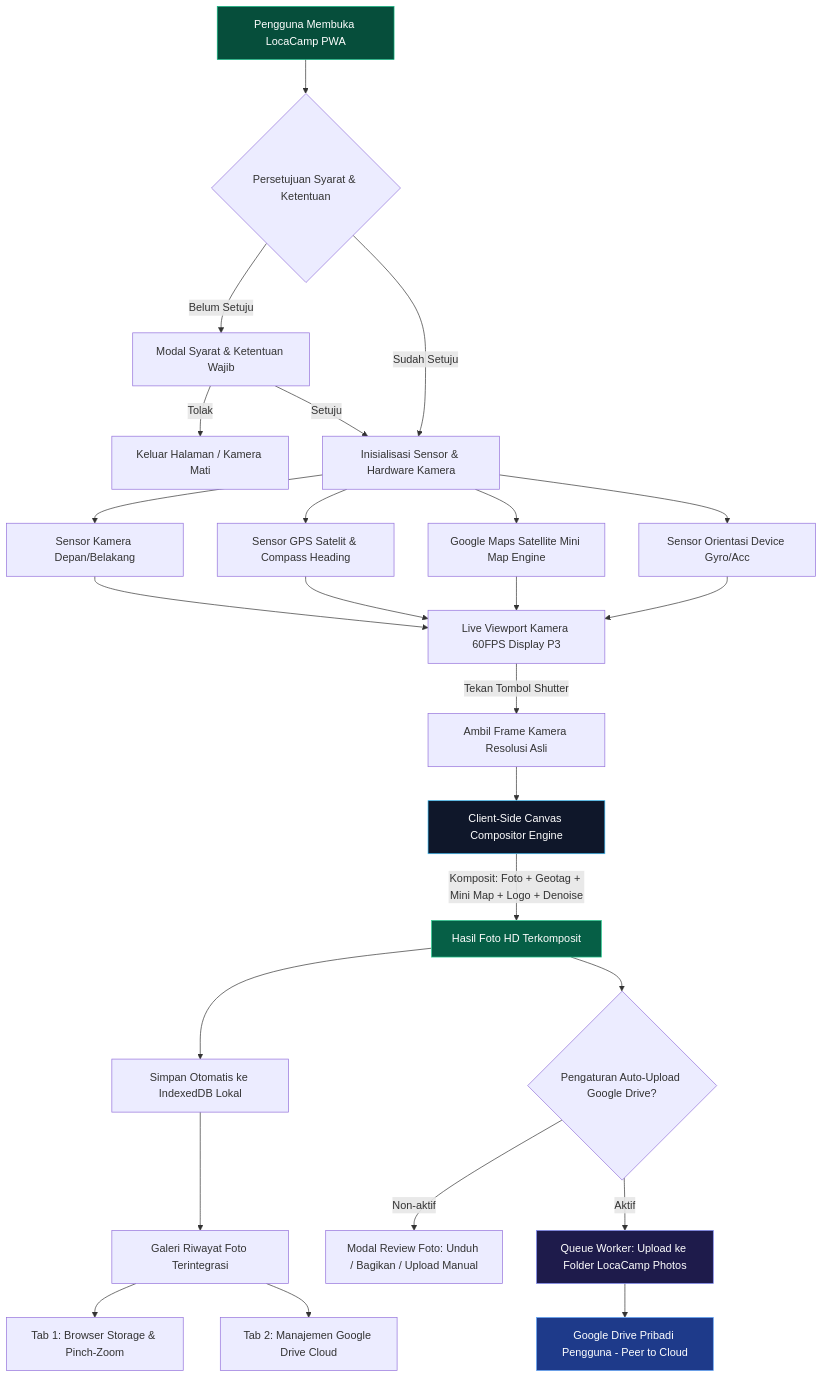
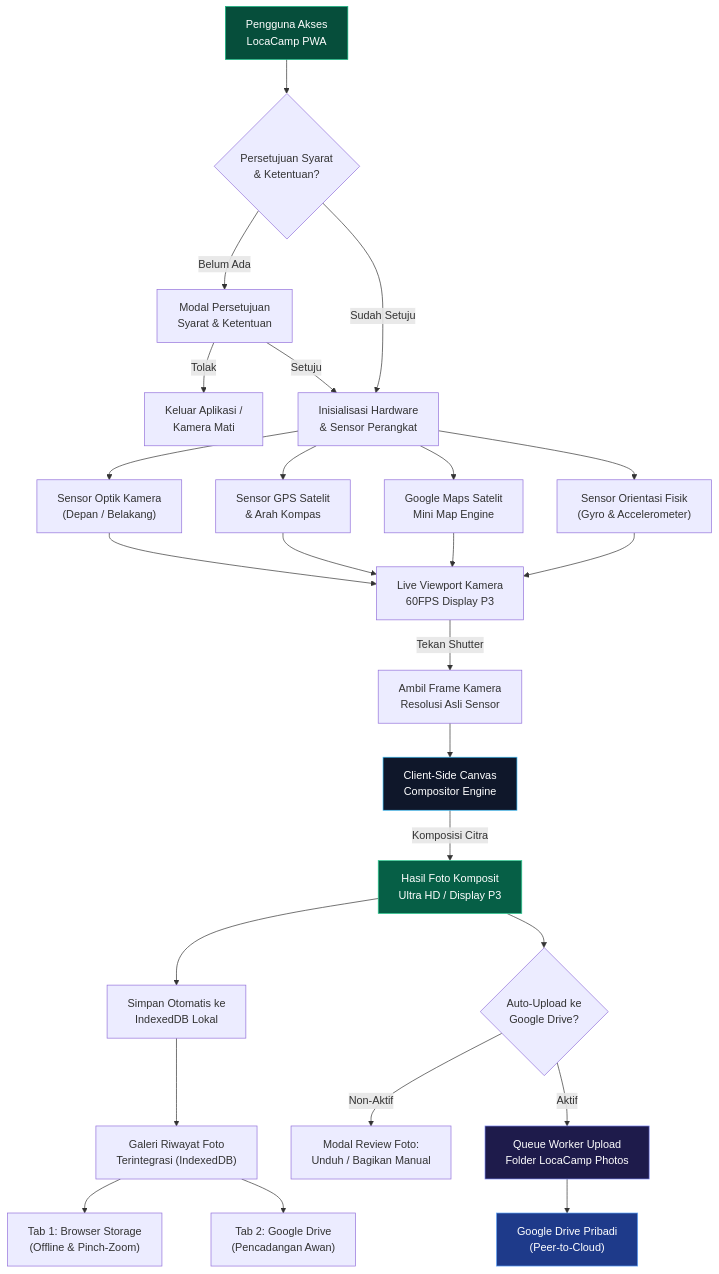
Before and after one commit to maskodingku/LocaCamp: the diagram in README.md, drawn with Mermaid.

Commit message:
docs: perbaikan text wrapping dan line breaks pada diagram Mermaid Arsitektur dan Alur Kerja README.md

````diff
--- a/README.md
+++ b/README.md
@@ -135,38 +135,38 @@
 ```mermaid
 flowchart TD
-    A[Pengguna Membuka LocaCamp PWA] --> B{Persetujuan Syarat & Ketentuan}
-    B -->|Belum Setuju| C[Modal Syarat & Ketentuan Wajib]
-    C -->|Tolak| D[Keluar Halaman / Kamera Mati]
-    C -->|Setuju| E[Inisialisasi Sensor & Hardware Kamera]
+    A["Pengguna Akses<br/>LocaCamp PWA"] --> B{"Persetujuan Syarat<br/>& Ketentuan?"}
+    B -->|Belum Ada| C["Modal Persetujuan<br/>Syarat & Ketentuan"]
+    C -->|Tolak| D["Keluar Aplikasi /<br/>Kamera Mati"]
+    C -->|Setuju| E["Inisialisasi Hardware<br/>& Sensor Perangkat"]
     B -->|Sudah Setuju| E
 
-    E --> F[Sensor Kamera Depan/Belakang]
-    E --> G[Sensor GPS Satelit & Compass Heading]
-    E --> H[Google Maps Satellite Mini Map Engine]
-    E --> I[Sensor Orientasi Device Gyro/Acc]
+    E --> F["Sensor Optik Kamera<br/>(Depan / Belakang)"]
+    E --> G["Sensor GPS Satelit<br/>& Arah Kompas"]
+    E --> H["Google Maps Satelit<br/>Mini Map Engine"]
+    E --> I["Sensor Orientasi Fisik<br/>(Gyro & Accelerometer)"]
 
-    F --> J[Live Viewport Kamera 60FPS Display P3]
+    F --> J["Live Viewport Kamera<br/>60FPS Display P3"]
     G --> J
     H --> J
     I --> J
 
-    J -->|Tekan Tombol Shutter| K[Ambil Frame Kamera Resolusi Asli]
-    K --> L[Client-Side Canvas Compositor Engine]
-    L -->|Komposit: Foto + Geotag + Mini Map + Logo + Denoise| M[Hasil Foto HD Terkomposit]
+    J -->|Tekan Shutter| K["Ambil Frame Kamera<br/>Resolusi Asli Sensor"]
+    K --> L["Client-Side Canvas<br/>Compositor Engine"]
+    L -->|Komposisi Citra| M["Hasil Foto Komposit<br/>Ultra HD / Display P3"]
 
-    M --> N[Simpan Otomatis ke IndexedDB Lokal]
-    M --> O{Pengaturan Auto-Upload Google Drive?}
-    O -->|Aktif| P[Queue Worker: Upload ke Folder LocaCamp Photos]
-    O -->|Non-aktif| Q[Modal Review Foto: Unduh / Bagikan / Upload Manual]
+    M --> N["Simpan Otomatis ke<br/>IndexedDB Lokal"]
+    M --> O{"Auto-Upload ke<br/>Google Drive?"}
+    O -->|Aktif| P["Queue Worker Upload<br/>Folder LocaCamp Photos"]
+    O -->|Non-Aktif| Q["Modal Review Foto:<br/>Unduh / Bagikan Manual"]
 
-    P --> R[Google Drive Pribadi Pengguna - Peer to Cloud]
-    N --> S[Galeri Riwayat Foto Terintegrasi]
-    S --> T[Tab 1: Browser Storage & Pinch-Zoom]
-    S --> U[Tab 2: Manajemen Google Drive Cloud]
+    P --> R["Google Drive Pribadi<br/>(Peer-to-Cloud)"]
+    N --> S["Galeri Riwayat Foto<br/>Terintegrasi (IndexedDB)"]
+    S --> T["Tab 1: Browser Storage<br/>(Offline & Pinch-Zoom)"]
+    S --> U["Tab 2: Google Drive<br/>(Pencadangan Awan)"]
 
     style A fill:#064e3b,stroke:#10b981,color:#fff
     style L fill:#0f172a,stroke:#38bdf8,color:#fff
     style M fill:#065f46,stroke:#34d399,color:#fff
     style P fill:#1e1b4b,stroke:#818cf8,color:#fff
     style R fill:#1e3a8a,stroke:#60a5fa,color:#fff
 ```
````
